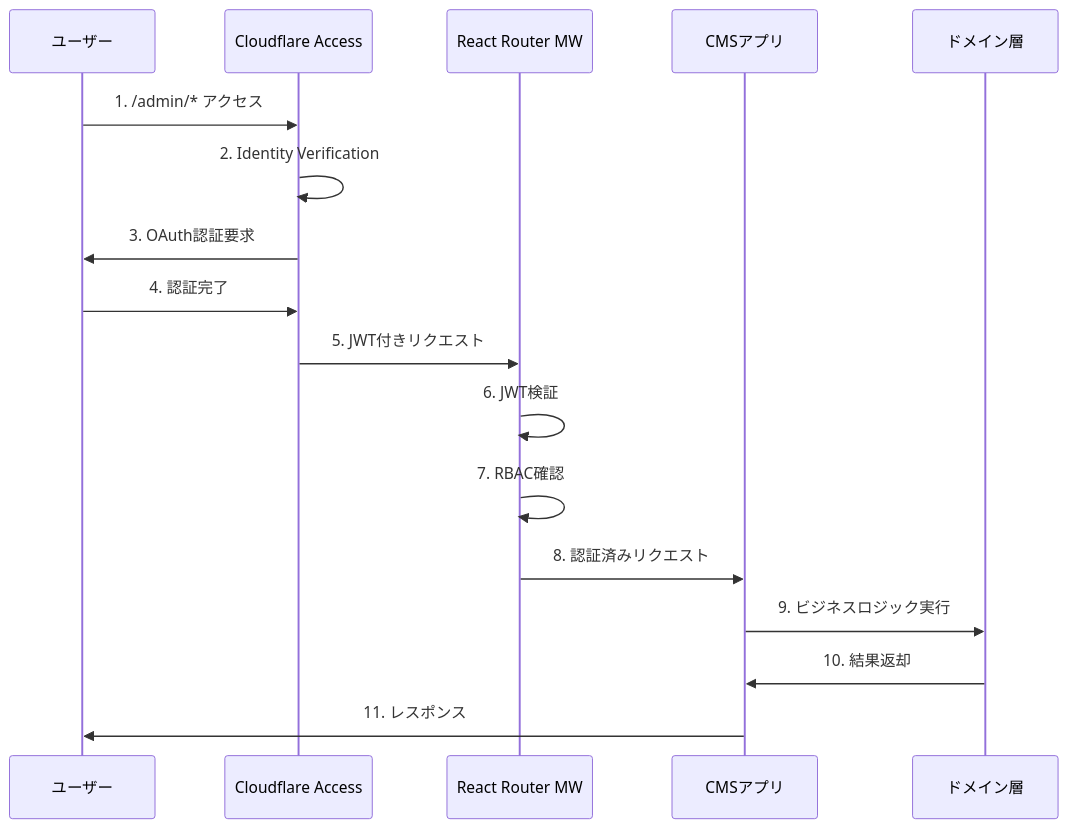
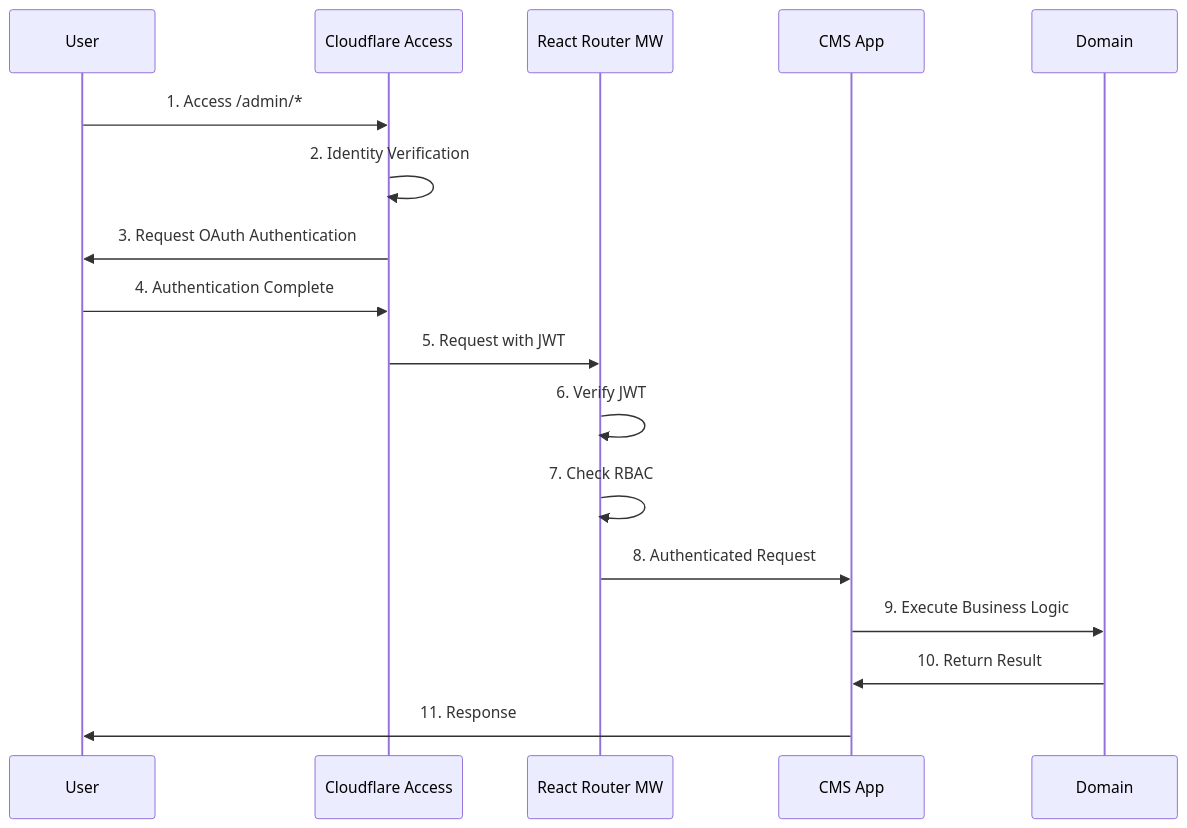
Before and after one commit to waterfallmouse/react-router-cms-cloudflare: the diagram in docs/architecture/authentication-security.md, drawn with Mermaid. The commit also changed other lines of this file and 21 other files, not shown here.

First line of the commit message:
Refactor documentation for clarity and consistency across architecture and implementation guides

````diff
--- a/docs/architecture/authentication-security.md
+++ b/docs/architecture/authentication-security.md
@@ -28,20 +28,20 @@
 ```mermaid
 sequenceDiagram
-    participant User as ユーザー
+    participant User
     participant CF as Cloudflare Access
     participant MW as React Router MW
-    participant App as CMSアプリ
-    participant Domain as ドメイン層
+    participant App as CMS App
+    participant Domain
 
-    User->>CF: 1. /admin/* アクセス
+    User->>CF: 1. Access /admin/*
     CF->>CF: 2. Identity Verification
-    CF->>User: 3. OAuth認証要求
-    User->>CF: 4. 認証完了
-    CF->>MW: 5. JWT付きリクエスト
-    MW->>MW: 6. JWT検証
-    MW->>MW: 7. RBAC確認
-    MW->>App: 8. 認証済みリクエスト
-    App->>Domain: 9. ビジネスロジック実行
-    Domain->>App: 10. 結果返却
-    App->>User: 11. レスポンス
+    CF->>User: 3. Request OAuth Authentication
+    User->>CF: 4. Authentication Complete
+    CF->>MW: 5. Request with JWT
+    MW->>MW: 6. Verify JWT
+    MW->>MW: 7. Check RBAC
+    MW->>App: 8. Authenticated Request
+    App->>Domain: 9. Execute Business Logic
+    Domain->>App: 10. Return Result
+    App->>User: 11. Response
 ```
````
